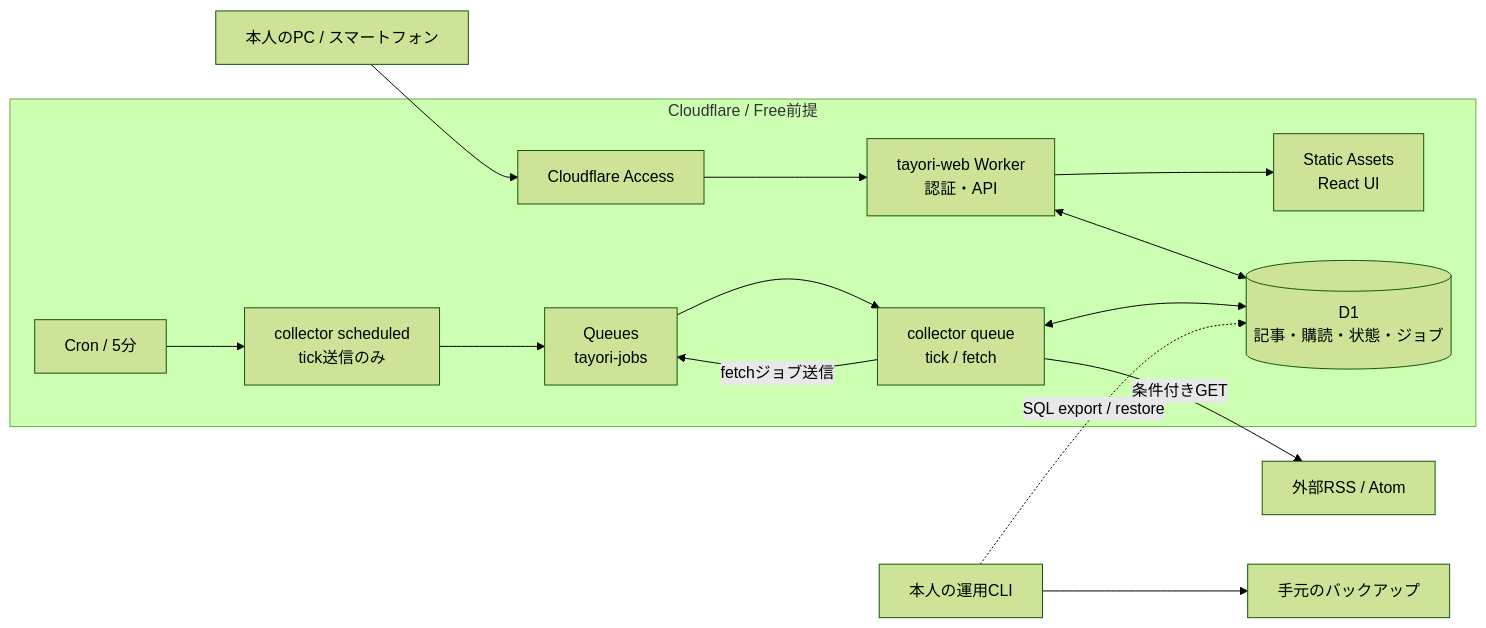
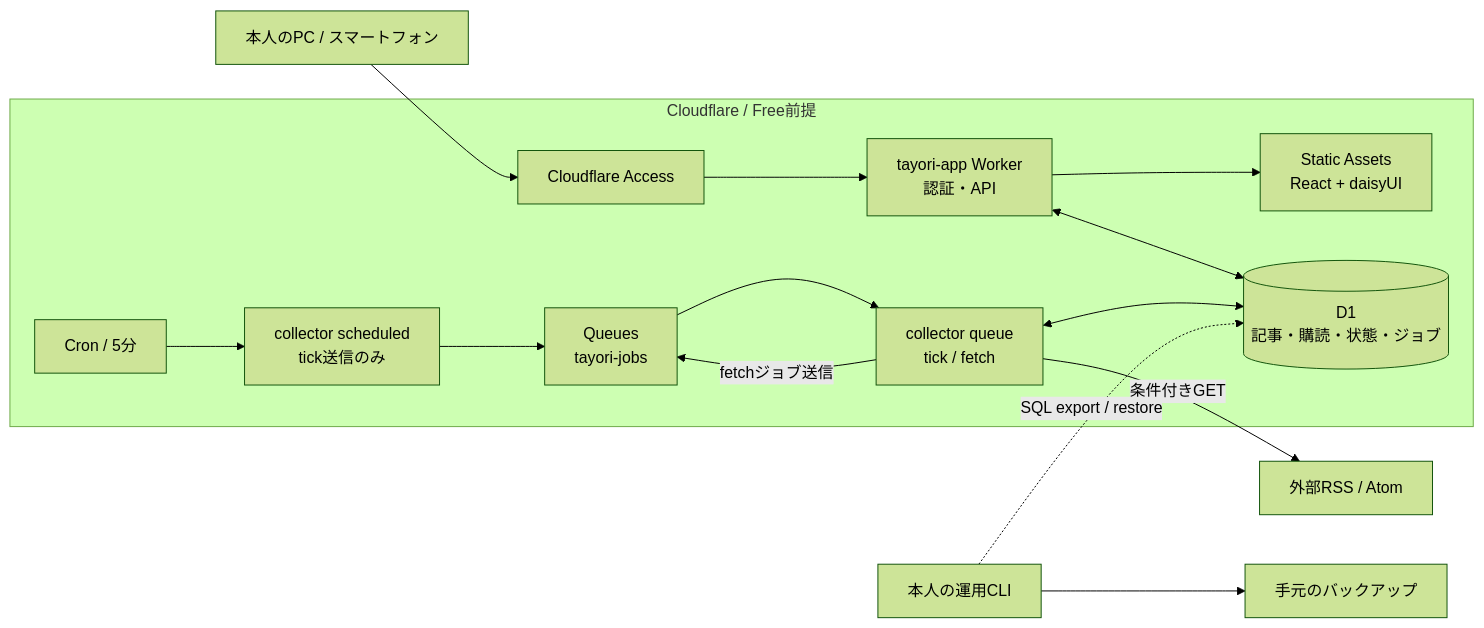
Before and after one commit to moz-sec/tayori: the diagram in docs/diagrams/system.mmd, drawn with Mermaid (forest theme). The commit also changed 42 other files, not shown here.

```diff
--- a/docs/diagrams/system.mmd
+++ b/docs/diagrams/system.mmd
@@ -1,21 +1,21 @@
 flowchart LR
     U["本人のPC / スマートフォン"] --> A["Cloudflare Access"]
     subgraph CF["Cloudflare / Free前提"]
-        A --> W["tayori-web Worker
+        A --> W["tayori-app Worker
 認証・API"]
         W --> S["Static Assets
-React UI"]
+React + daisyUI"]
         W <--> D[("D1
 記事・購読・状態・ジョブ")]
         C["Cron / 5分"] --> H["collector scheduled
 tick送信のみ"]
         H --> Q["Queues
 tayori-jobs"]
         Q --> F["collector queue
 tick / fetch"]
         F -->|"fetchジョブ送信"| Q
         F <--> D
     end
     F -->|"条件付きGET"| E["外部RSS / Atom"]
     O["本人の運用CLI"] -. "SQL export / restore" .-> D
     O --> B["手元のバックアップ"]
```
